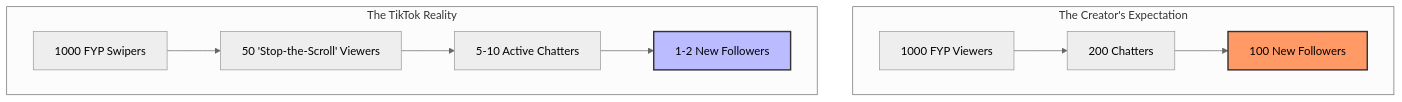
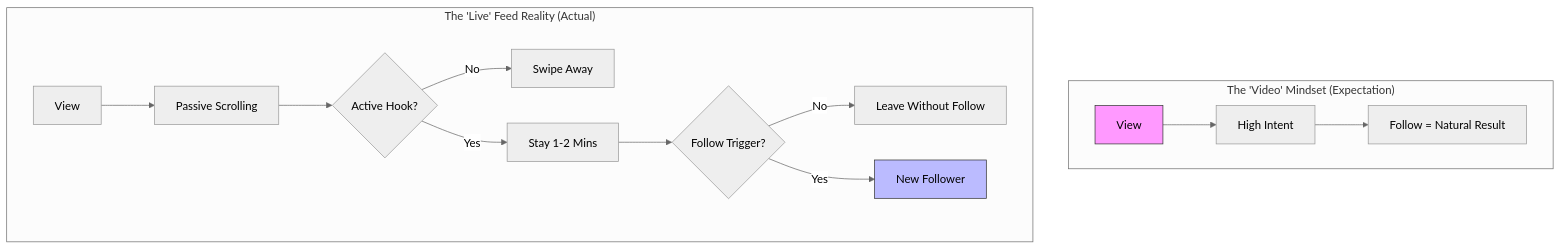
Before and after one commit to littl3-boat/ttwise: the diagram in data/blog/tiktok-live-low-follower-conversion-reality-check-2026.mdx, drawn with Mermaid (neutral theme). The commit also changed other lines of this file and 3 other files, not shown here.

````diff
--- a/data/blog/tiktok-live-low-follower-conversion-reality-check-2026.mdx
+++ b/data/blog/tiktok-live-low-follower-conversion-reality-check-2026.mdx
@@ -26,16 +24,18 @@
 ```mermaid
 graph TD
-    subgraph "The Creator's Expectation"
-        E1[1000 FYP Viewers] --> E2[200 Chatters]
-        E2 --> E3[100 New Followers]
+    subgraph "The 'Video' Mindset (Expectation)"
+        A[View] --> B[High Intent]
+        B --> C[Follow = Natural Result]
     end
-
-    subgraph "The TikTok Reality"
-        R1[1000 FYP Swipers] --> R2[50 'Stop-the-Scroll' Viewers]
-        R2 --> R3[5-10 Active Chatters]
-        R3 --> R4[1-2 New Followers]
+    subgraph "The 'Live' Feed Reality (Actual)"
+        D[View] --> E[Passive Scrolling]
+        E --> F{"Active Hook?"}
+        F -->|No| G[Swipe Away]
+        F -->|Yes| H[Stay 1-2 Mins]
+        H --> I{"Follow Trigger?"}
+        I -->|No| J[Leave Without Follow]
+        I -->|Yes| K[New Follower]
     end
-
-    style E3 fill:#f96,stroke:#333,stroke-width:2px
-    style R4 fill:#bbf,stroke:#333,stroke-width:2px
+    style A fill:#f9f,stroke:#333
+    style K fill:#bbf,stroke:#333
 ```
````
